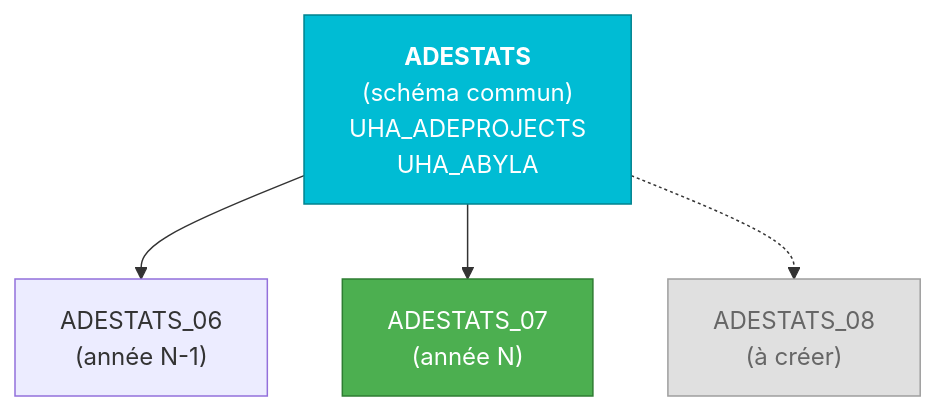
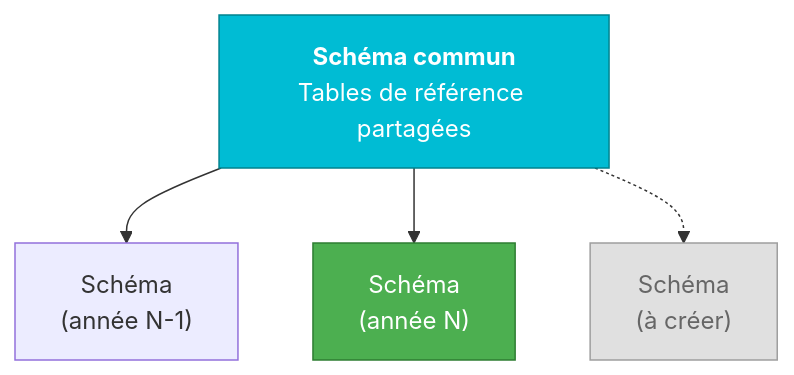
The third of 3 diagrams in diagrammes/architecture.md (gpilliat/adestats-documentation), drawn with Mermaid before and after one commit. The commit also changed other lines of this file, not shown here.

````diff
--- a/diagrammes/architecture.md
+++ b/diagrammes/architecture.md
@@ -84,16 +82,16 @@
 ```mermaid
 graph TD
-    COMMON["<b>ADESTATS</b><br/>(schéma commun)<br/>UHA_ADEPROJECTS<br/>UHA_ABYLA"]
+    COMMON["<b>Schéma commun</b><br/>Tables de référence partagées"]
 
-    S06["ADESTATS_06<br/>(année N-1)"]
-    S07["ADESTATS_07<br/>(année N)"]
-    S08["ADESTATS_08<br/>(à créer)"]
+    S06["Schéma<br/>(année N-1)"]
+    S07["Schéma<br/>(année N)"]
+    S08["Schéma<br/>(à créer)"]
 
     COMMON --> S06
     COMMON --> S07
     COMMON -.-> S08
 
     style COMMON fill:#00BCD4,stroke:#00838F,color:#fff
     style S07 fill:#4CAF50,stroke:#2E7D32,color:#fff
     style S08 fill:#E0E0E0,stroke:#9E9E9E,color:#666
 ```
````
